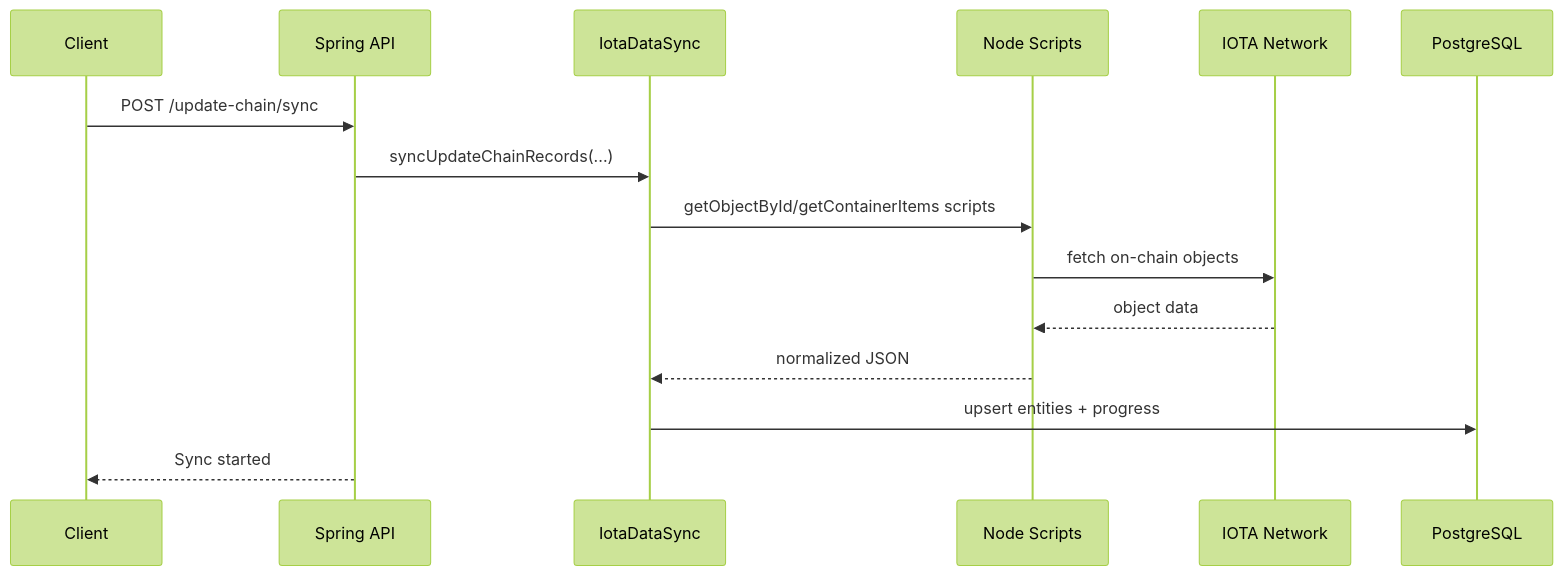
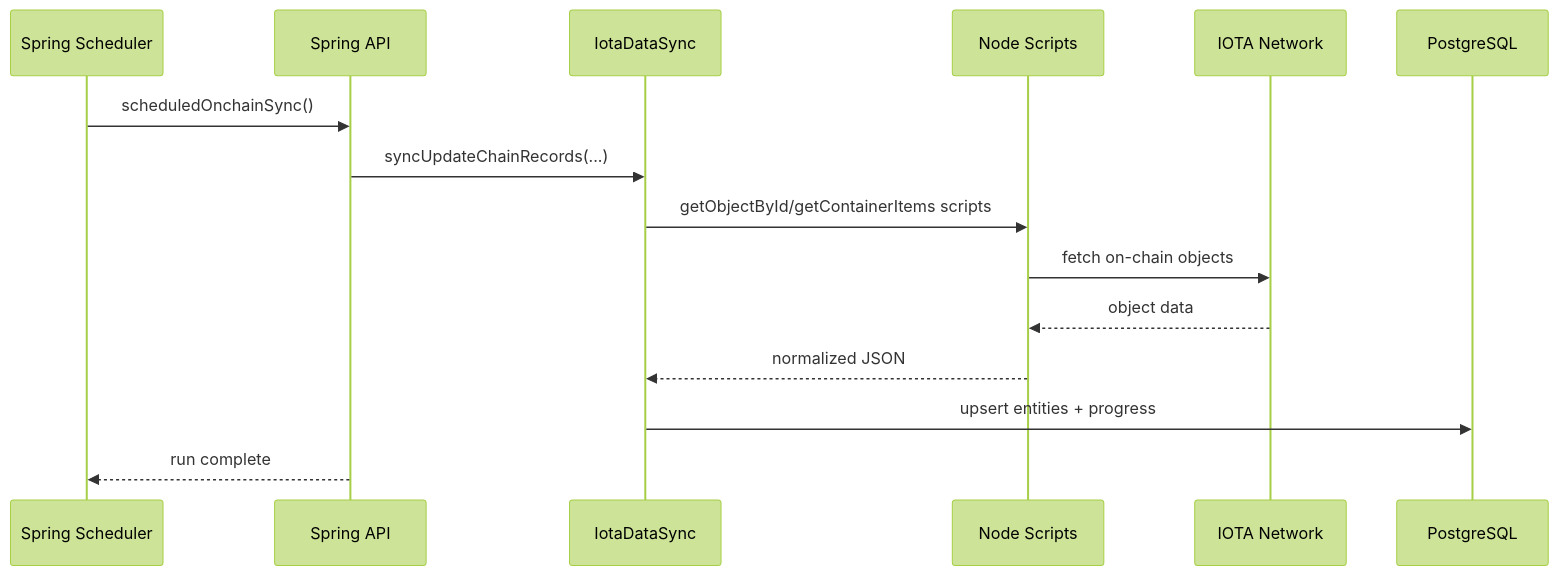
Before and after one commit to CommitForge/easy_publish_backend: the second of 2 diagrams in README.md, drawn with Mermaid (forest theme). The commit also changed other lines of this file and 19 other files, not shown here.

Commit message:
Harden mainnet sync flow and automate on-chain scheduling

````diff
--- a/README.md
+++ b/README.md
@@ -253,18 +244,18 @@
 ```mermaid
 sequenceDiagram
-    participant Client
+    participant Scheduler as Spring Scheduler
     participant API as Spring API
     participant Sync as IotaDataSync
     participant Node as Node Scripts
     participant IOTA as IOTA Network
     participant DB as PostgreSQL
 
-    Client->>API: POST /update-chain/sync
+    Scheduler->>API: scheduledOnchainSync()
     API->>Sync: syncUpdateChainRecords(...)
     Sync->>Node: getObjectById/getContainerItems scripts
     Node->>IOTA: fetch on-chain objects
     IOTA-->>Node: object data
     Node-->>Sync: normalized JSON
     Sync->>DB: upsert entities + progress
-    API-->>Client: Sync started
+    API-->>Scheduler: run complete
 ```
````
